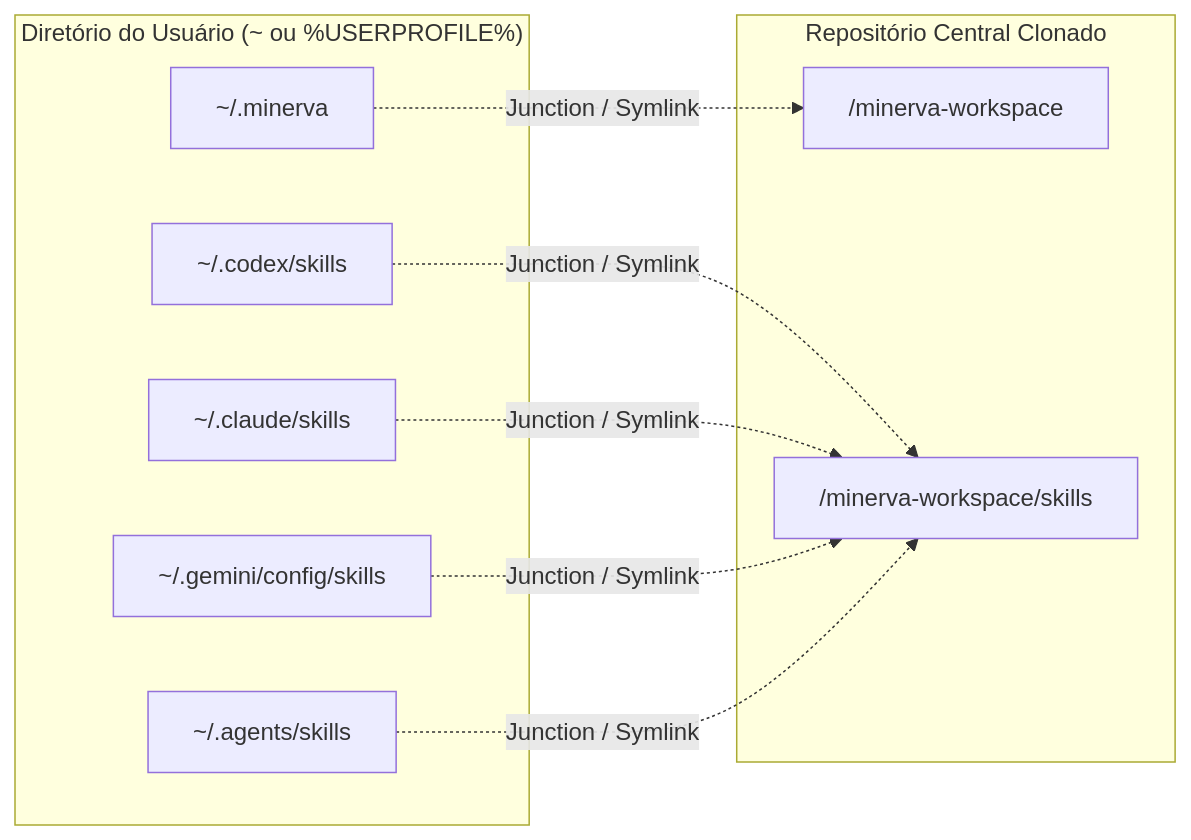
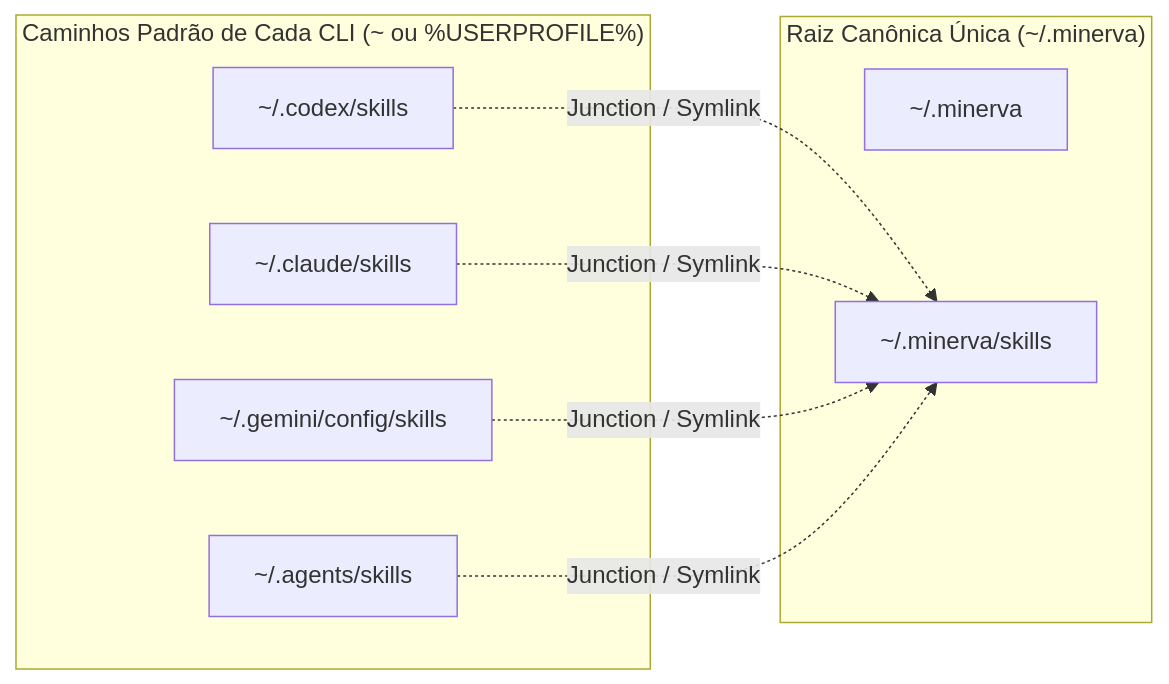
Before and after one commit to lk-feitosa/minerva-workspace: the second of 2 diagrams in vault/_Arquitetura e Documentação do Ecossistema.md, drawn with Mermaid. The commit also changed other lines of this file and 11 other files, not shown here.

````diff
--- a/vault/_Arquitetura e Documentação do Ecossistema.md
+++ b/vault/_Arquitetura e Documentação do Ecossistema.md
@@ -52,21 +52,19 @@
 ```mermaid
 flowchart LR
-    subgraph Usuario ["Diretório do Usuário (~ ou %USERPROFILE%)"]
-        C_MINERVA["~/.minerva"]
+    subgraph CLIs ["Caminhos Padrão de Cada CLI (~ ou %USERPROFILE%)"]
         C_CODEX["~/.codex/skills"]
         C_CLAUDE["~/.claude/skills"]
         C_GEMINI["~/.gemini/config/skills"]
         C_AGENTS["~/.agents/skills"]
     end
     
-    subgraph Central ["Repositório Central Clonado"]
-        S_ROOT["<WORKDIR>/minerva-workspace"]
-        S_SKILLS["<WORKDIR>/minerva-workspace/skills"]
+    subgraph Central ["Raiz Canônica Única (~/.minerva)"]
+        S_ROOT["~/.minerva"]
+        S_SKILLS["~/.minerva/skills"]
     end
     
-    C_MINERVA -. Junction / Symlink .-> S_ROOT
     C_CODEX -. Junction / Symlink .-> S_SKILLS
     C_CLAUDE -. Junction / Symlink .-> S_SKILLS
     C_GEMINI -. Junction / Symlink .-> S_SKILLS
     C_AGENTS -. Junction / Symlink .-> S_SKILLS
 ```
````
